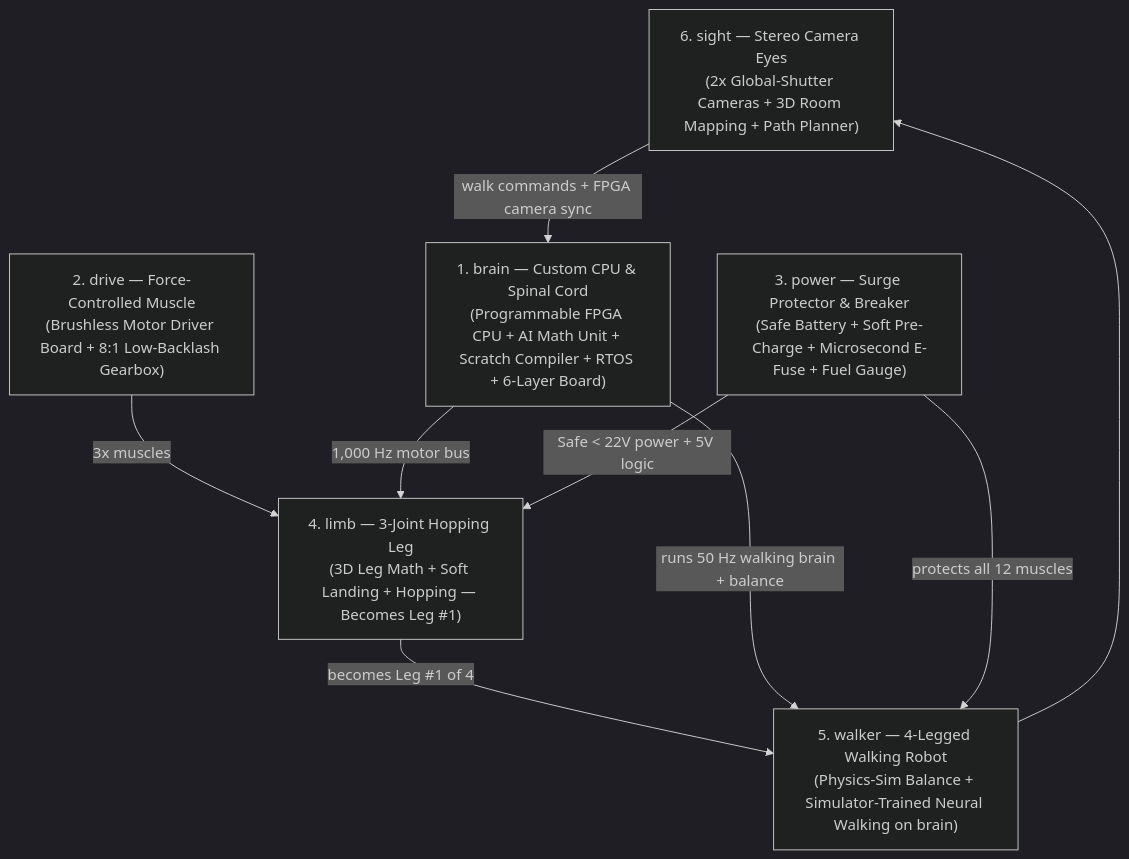
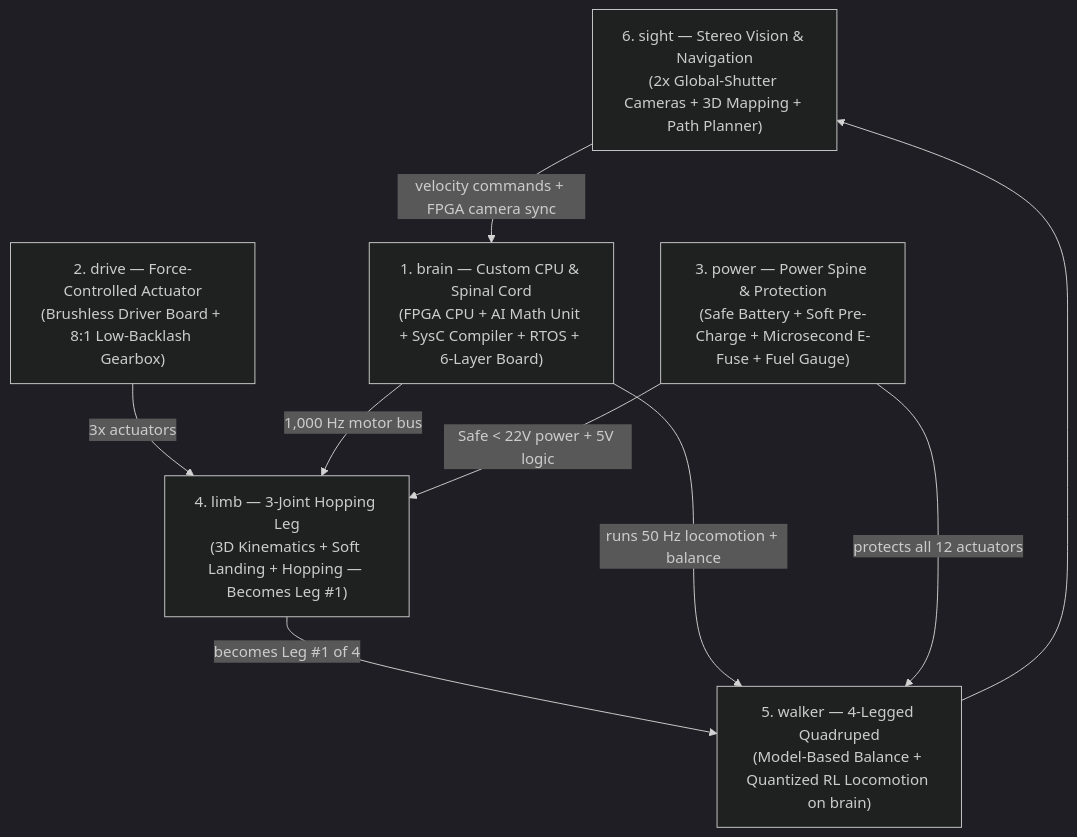
Before and after one commit to Ethanex8/apex: the diagram in VISION.md, drawn with Mermaid (dark theme). The commit also changed other lines of this file and 18 other files, not shown here.

````diff
--- a/VISION.md
+++ b/VISION.md
@@ -26,18 +26,18 @@
 ```mermaid
 flowchart TD
-    SIGHT["6. sight — Stereo Camera Eyes<br/>(2x Global-Shutter Cameras + 3D Room Mapping + Path Planner)"]
-    BRAIN["1. brain — Custom CPU & Spinal Cord<br/>(Programmable FPGA CPU + AI Math Unit + Scratch Compiler + RTOS + 6-Layer Board)"]
-    POWER["3. power — Surge Protector & Breaker<br/>(Safe Battery + Soft Pre-Charge + Microsecond E-Fuse + Fuel Gauge)"]
-    DRIVE["2. drive — Force-Controlled Muscle<br/>(Brushless Motor Driver Board + 8:1 Low-Backlash Gearbox)"]
-    LIMB["4. limb — 3-Joint Hopping Leg<br/>(3D Leg Math + Soft Landing + Hopping — Becomes Leg #1)"]
-    WALKER["5. walker — 4-Legged Walking Robot<br/>(Physics-Sim Balance + Simulator-Trained Neural Walking on brain)"]
+    SIGHT["6. sight — Stereo Vision & Navigation<br/>(2x Global-Shutter Cameras + 3D Mapping + Path Planner)"]
+    BRAIN["1. brain — Custom CPU & Spinal Cord<br/>(FPGA CPU + AI Math Unit + SysC Compiler + RTOS + 6-Layer Board)"]
+    POWER["3. power — Power Spine & Protection<br/>(Safe Battery + Soft Pre-Charge + Microsecond E-Fuse + Fuel Gauge)"]
+    DRIVE["2. drive — Force-Controlled Actuator<br/>(Brushless Driver Board + 8:1 Low-Backlash Gearbox)"]
+    LIMB["4. limb — 3-Joint Hopping Leg<br/>(3D Kinematics + Soft Landing + Hopping — Becomes Leg #1)"]
+    WALKER["5. walker — 4-Legged Quadruped<br/>(Model-Based Balance + Quantized RL Locomotion on brain)"]
 
-    DRIVE -->|"3x muscles"| LIMB
+    DRIVE -->|"3x actuators"| LIMB
     BRAIN -->|"1,000 Hz motor bus"| LIMB
     POWER -->|"Safe < 22V power + 5V logic"| LIMB
     LIMB -->|"becomes Leg #1 of 4"| WALKER
-    BRAIN -->|"runs 50 Hz walking brain + balance"| WALKER
-    POWER -->|"protects all 12 muscles"| WALKER
-    SIGHT -->|"walk commands + FPGA camera sync"| BRAIN
+    BRAIN -->|"runs 50 Hz locomotion + balance"| WALKER
+    POWER -->|"protects all 12 actuators"| WALKER
+    SIGHT -->|"velocity commands + FPGA camera sync"| BRAIN
     WALKER --> SIGHT
 ```
````
